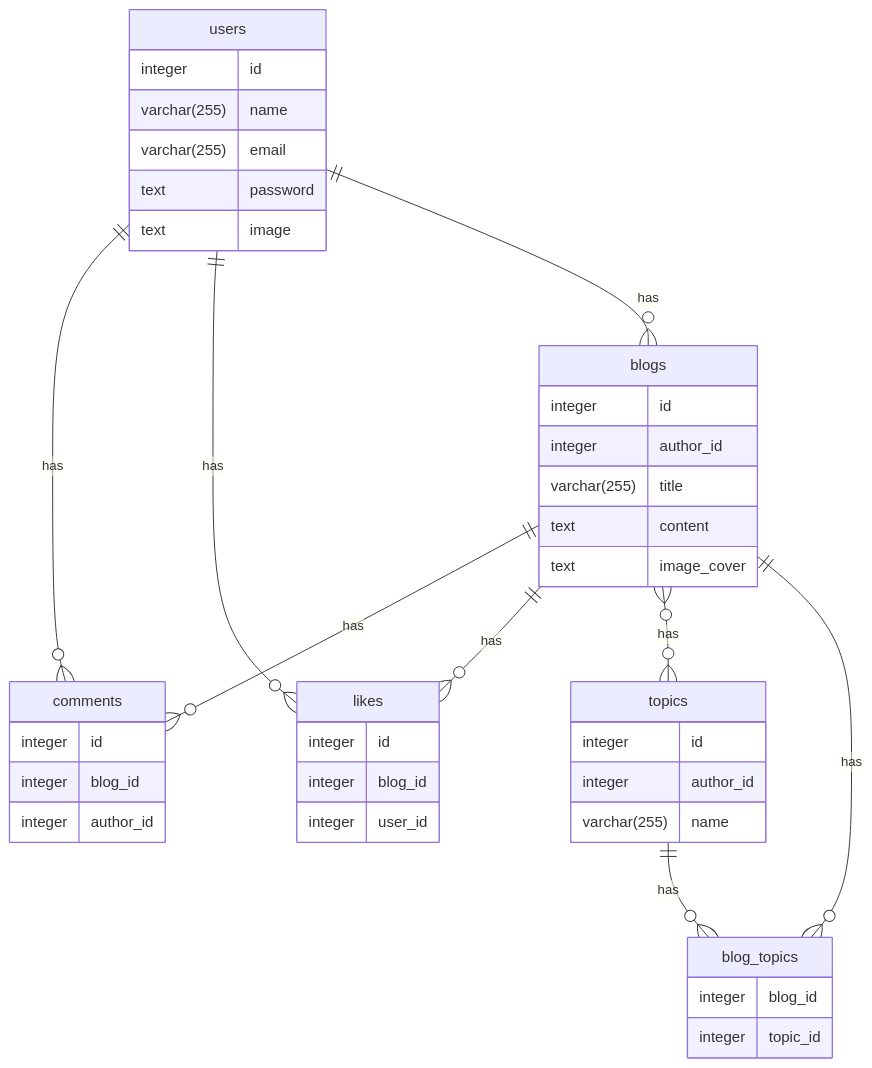
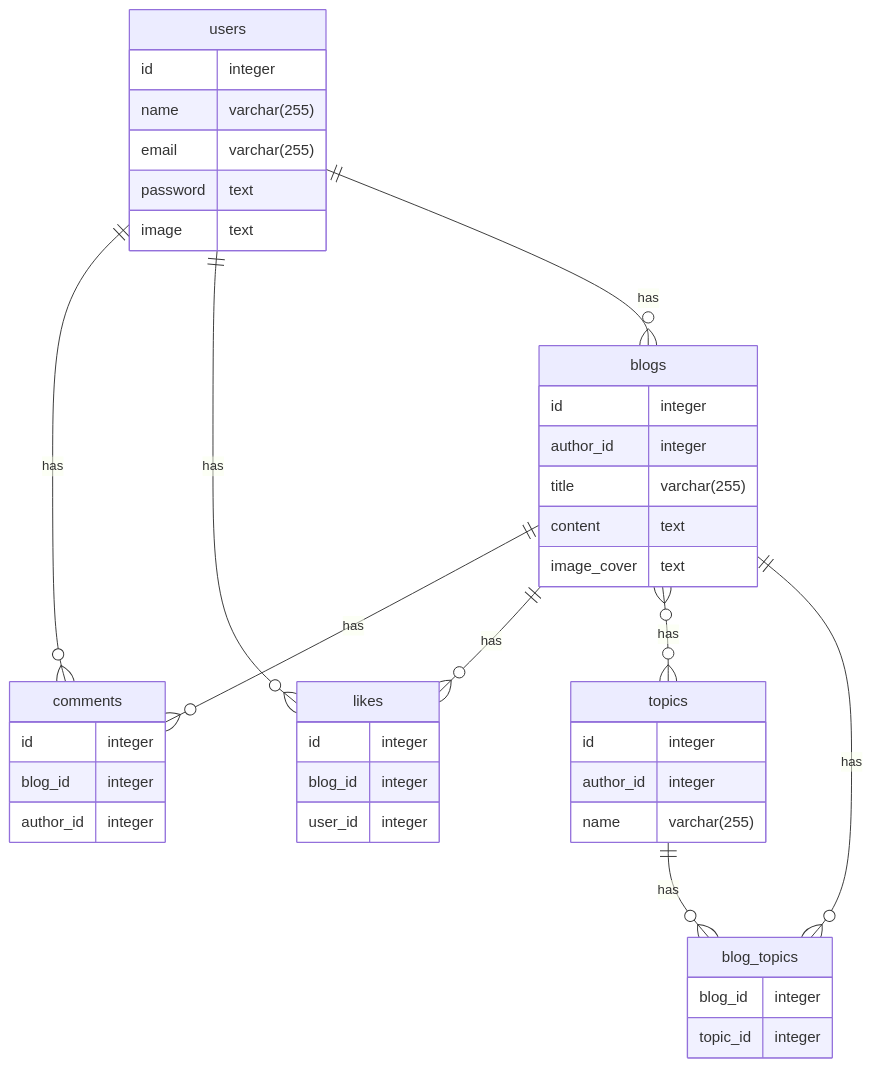
Before and after one commit to AhmedMabrouk22/Blog-API: the diagram in README.md, drawn with Mermaid.

Commit message:
update REAME file

````diff
--- a/README.md
+++ b/README.md
@@ -15,50 +15,50 @@
 ```mermaid
 erDiagram
 users {
-    integer id
-    varchar(255) name
-    varchar(255) email
-    text password
-    text image
+    id integer
+    name varchar(255)
+    email varchar(255)
+    password text
+    image text
 }
 
 blogs {
-    integer id
-    integer author_id
-    varchar(255) title
-    text content
-    text image_cover
+    id integer
+    author_id integer
+    title varchar(255)
+    content text
+    image_cover text
 }
 
 topics {
-    integer id
-    integer author_id
-    varchar(255) name
+    id integer
+    author_id integer
+    name varchar(255)
     
 }
 
 blog_topics {
-    integer blog_id
-    integer topic_id
+    blog_id integer
+    topic_id integer
 }
 
 comments {
-    integer id
-    integer blog_id
-    integer author_id
+    id integer
+    blog_id integer
+    author_id integer
 }
 
 likes {
-    integer id
-    integer blog_id
-    integer user_id
+    id integer
+    blog_id integer
+    user_id integer
 }
 blogs ||--o{ comments:has
 blogs ||--o{ likes:has
 blogs }o--o{ topics:has
 users ||--o{ comments:has
 users ||--o{ likes:has
 users ||-- o{ blogs:has
 topics ||--o{ blog_topics:has
 blogs ||--o{ blog_topics:has
 ```
````
